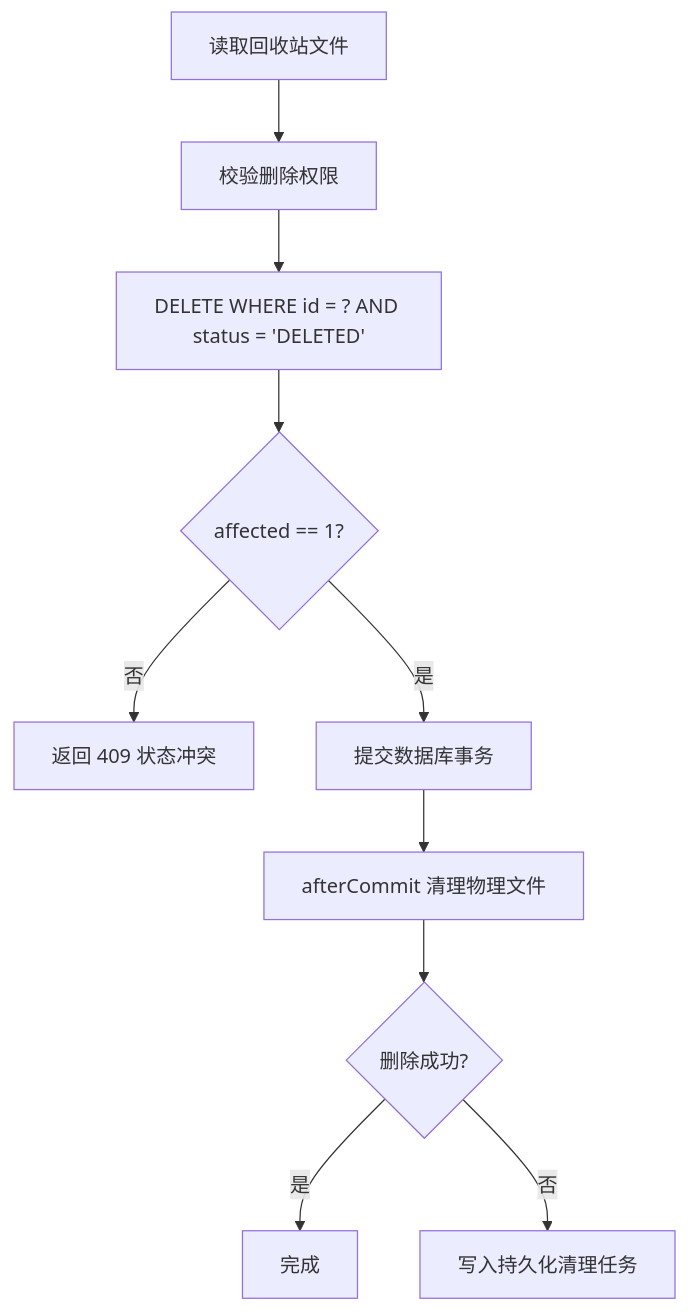
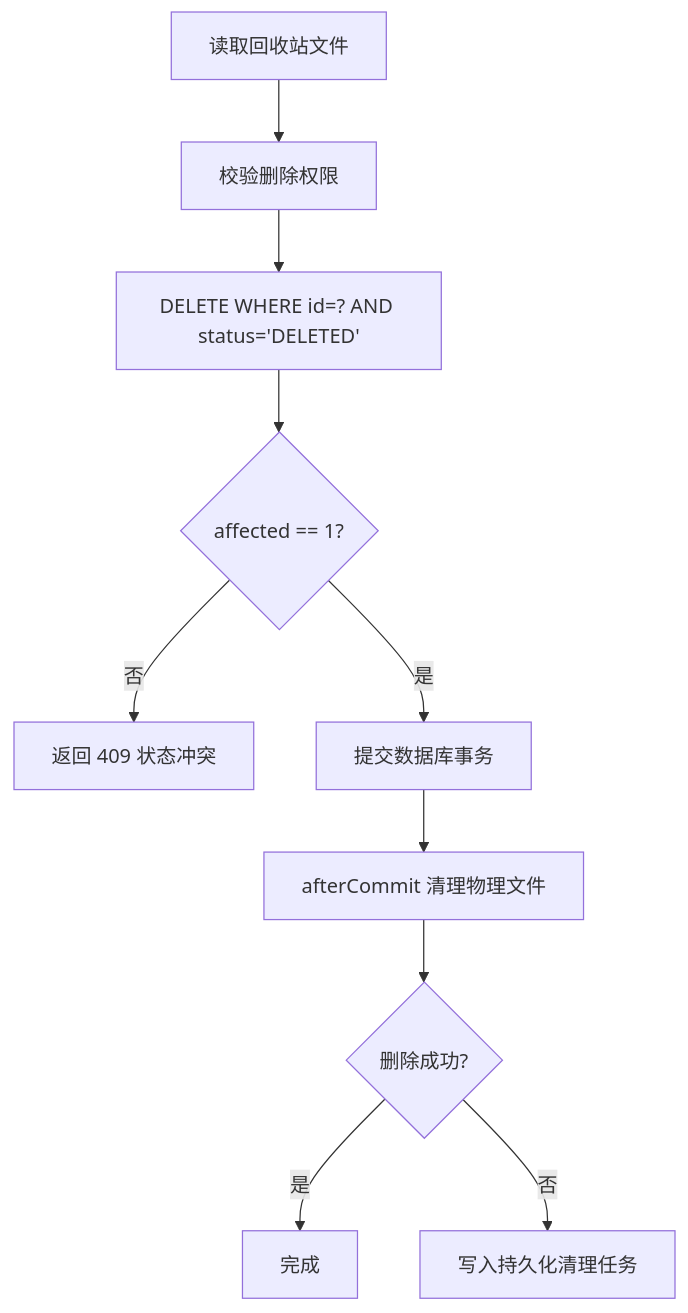
The second of 4 diagrams in README.md (ZhongErsan/simple-department-drive), drawn with Mermaid before and after one commit. The commit also changed other lines of this file, not shown here.

````diff
--- a/README.md
+++ b/README.md
@@ -137,12 +170,12 @@
-``` mermaid
+```mermaid
 flowchart TD
     A[读取回收站文件] --> B[校验删除权限]
-    B --> C["DELETE WHERE id = ? AND status = 'DELETED'"]
+    B --> C["DELETE WHERE id=? AND status='DELETED'"]
     C --> D{affected == 1?}
     D -->|否| E[返回 409 状态冲突]
     D -->|是| F[提交数据库事务]
     F --> G[afterCommit 清理物理文件]
     G --> H{删除成功?}
     H -->|是| I[完成]
     H -->|否| J[写入持久化清理任务]
 ```
````
